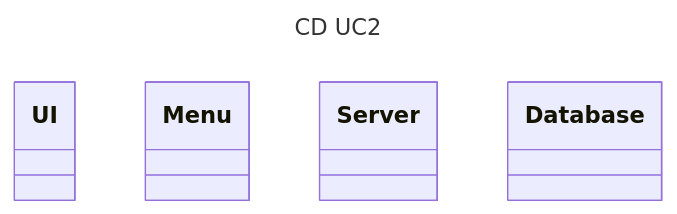
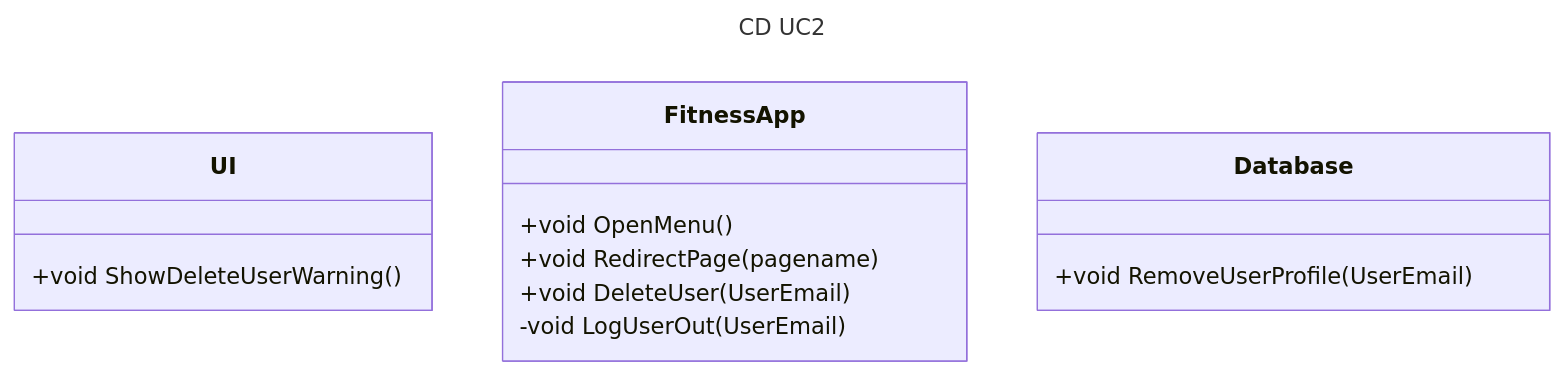
The diagram in System Arkitektur/CDUC2.md (kamar-dk/Sem.Project4), drawn with Mermaid before and after one commit. The commit also changed 2 other files, not shown here.

````diff
--- a/System Arkitektur/CDUC2.md
+++ b/System Arkitektur/CDUC2.md
@@ -1,13 +1,20 @@
 ```mermaid
 ---
 title: CD UC2
 ---
 classDiagram
-    class UI
+    class UI {
+        +void ShowDeleteUserWarning()
+    }
 
-    class Menu
-
-    class Server
-
-    class Database
+    class FitnessApp{
+        +void OpenMenu()
+        +void RedirectPage(pagename)
+        +void DeleteUser(UserEmail)
+        -void LogUserOut(UserEmail)
+    }
+        
+    class Database{
+        +void RemoveUserProfile(UserEmail)
+    }
 ```
````
